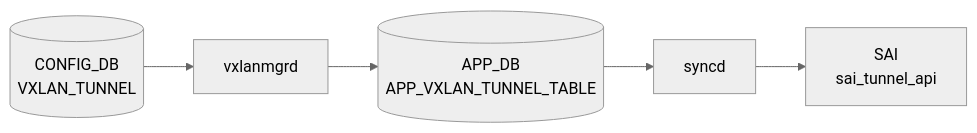
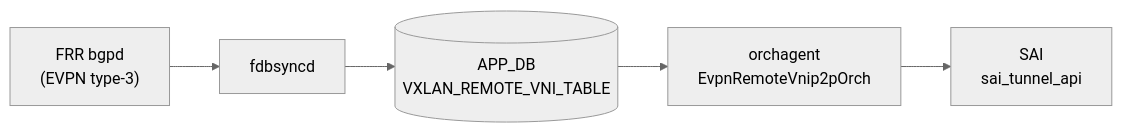
The diagram in docs/reference/config-db/vxlan-evpn-tunnel.md (aoki-taquan/sonic-unofficial-docs), drawn with Mermaid (neutral theme) before and after one commit. The commit also changed other lines of this file and 3 other files, not shown here.

First line of the commit message:
review(batch-123): fix diagram errors and stale references in vxlan/warm-restart pages

````diff
--- a/docs/reference/config-db/vxlan-evpn-tunnel.md
+++ b/docs/reference/config-db/vxlan-evpn-tunnel.md
@@ -47,12 +47,12 @@
 ```mermaid
 flowchart LR
-  CDB[("CONFIG_DB<br/>VXLAN_TUNNEL")]
-  DM["vxlanmgrd"]
-  CDB --> DM
-  APPDB[("APP_DB<br/>APP_VXLAN_TUNNEL_TABLE")]
-  DM --> APPDB
-  SYNCD["syncd"]
-  APPDB --> SYNCD
+  BGP["FRR bgpd<br/>(EVPN type-3)"]
+  FBDS["fdbsyncd"]
+  BGP --> FBDS
+  APPDB[("APP_DB<br/>VXLAN_REMOTE_VNI_TABLE")]
+  FBDS --> APPDB
+  OA["orchagent<br/>EvpnRemoteVnip2pOrch"]
+  APPDB --> OA
   SAI["SAI<br/>sai_tunnel_api"]
-  SYNCD --> SAI
+  OA --> SAI
 ```
````
